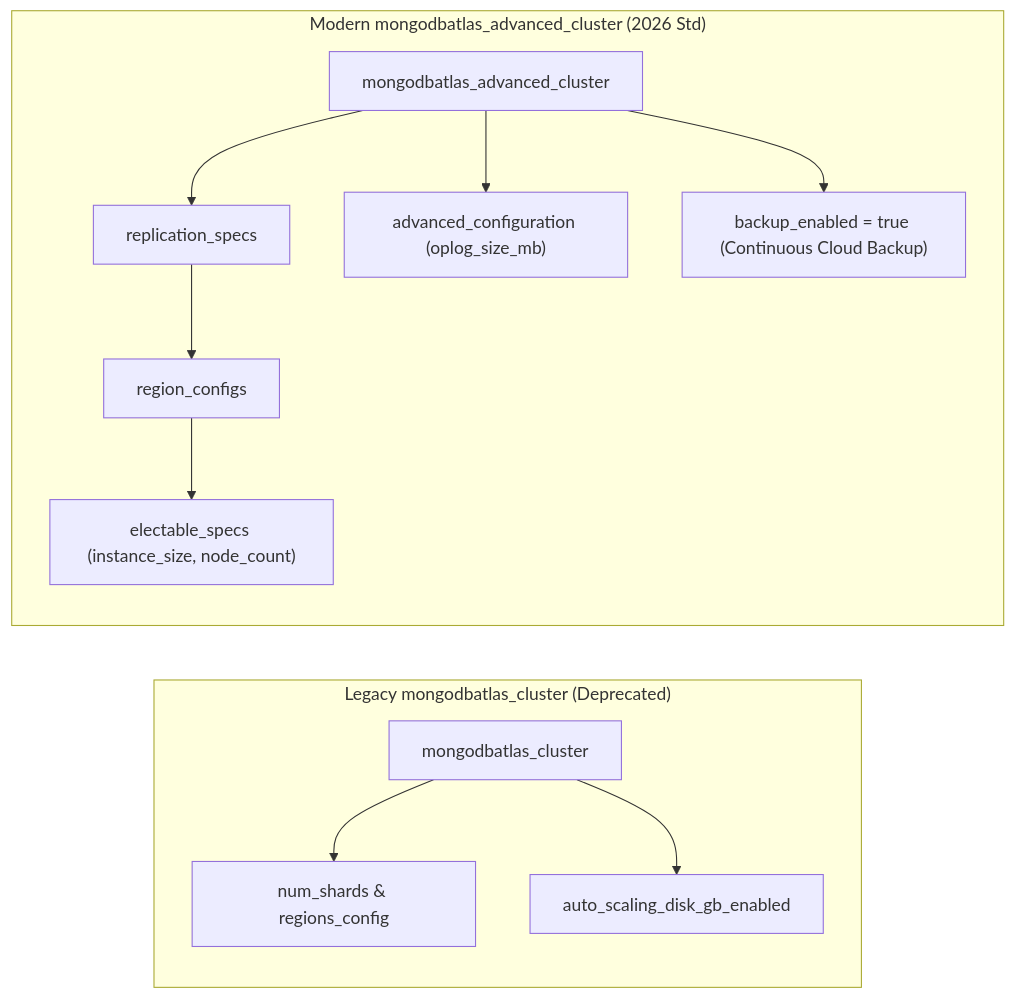
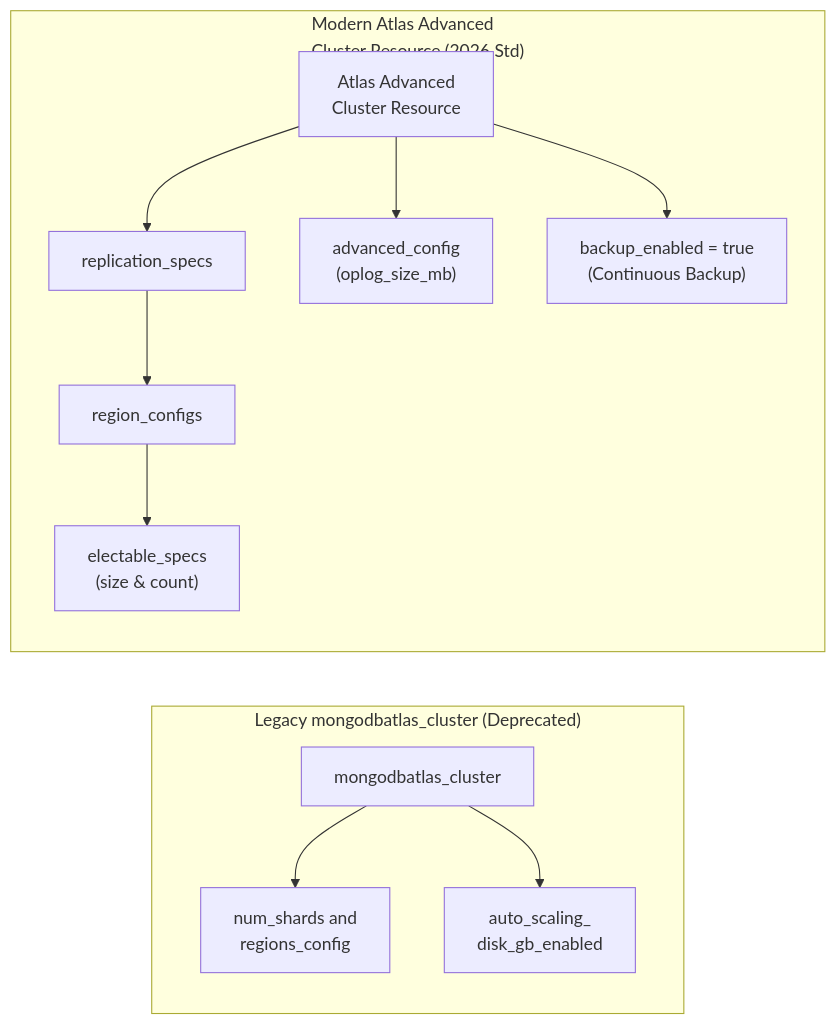
One commit to nubenetes/terraform-azure-devops-agentic changed the diagram in docs/343-MONGODB_ATLAS_MODERNIZATION.md. Above: the diagram before and after it, drawn with Mermaid. The commit also changed other lines of this file and 23 other files, not shown here.

Commit message:
docs: establish automated Mermaid validator and eliminate text clipping repo-wide

````diff
--- a/docs/343-MONGODB_ATLAS_MODERNIZATION.md
+++ b/docs/343-MONGODB_ATLAS_MODERNIZATION.md
@@ -19,24 +19,23 @@
 ```mermaid
 flowchart LR
     subgraph Legacy ["Legacy mongodbatlas_cluster (Deprecated)"]
         L_Cluster["mongodbatlas_cluster"]
-        L_Spec["num_shards & regions_config"]
-        L_Auto["auto_scaling_disk_gb_enabled"]
+        L_Spec["num_shards and<br/>regions_config"]
+        L_Auto["auto_scaling_<br/>disk_gb_enabled"]
         L_Cluster --> L_Spec
         L_Cluster --> L_Auto
     end
-
-    subgraph Modern ["Modern mongodbatlas_advanced_cluster (2026 Std)"]
-        M_Cluster["mongodbatlas_advanced_cluster"]
+    subgraph Modern ["Modern Atlas Advanced<br/>Cluster Resource (2026 Std)"]
+        M_Cluster["Atlas Advanced<br/>Cluster Resource"]
         M_Specs["replication_specs"]
         M_Regions["region_configs"]
-        M_Electable["electable_specs (instance_size, node_count)"]
-        M_Adv["advanced_configuration (oplog_size_mb)"]
-        M_Backup["backup_enabled = true (Continuous Cloud Backup)"]
+        M_Electable["electable_specs<br/>(size & count)"]
+        M_Adv["advanced_config<br/>(oplog_size_mb)"]
+        M_Backup["backup_enabled = true<br/>(Continuous Backup)"]
         M_Cluster --> M_Specs
         M_Specs --> M_Regions
         M_Regions --> M_Electable
         M_Cluster --> M_Adv
         M_Cluster --> M_Backup
     end
 ```
````
